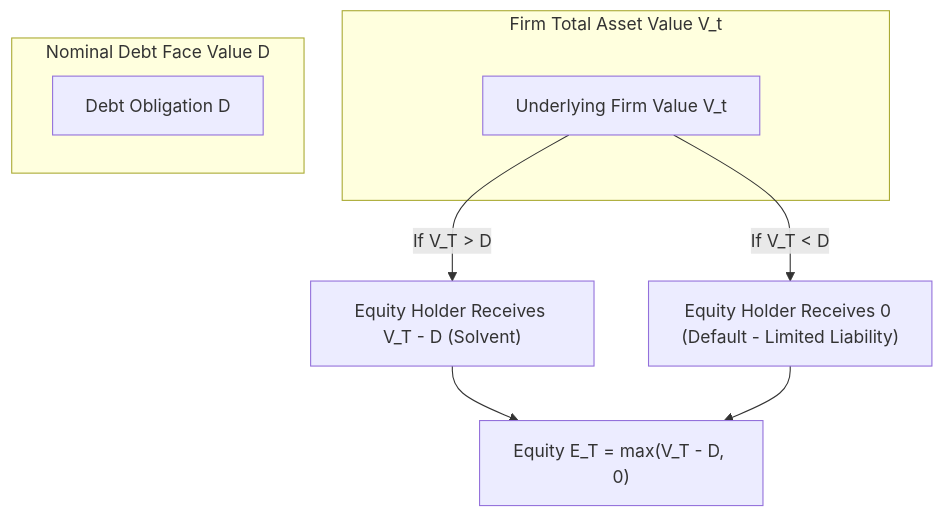
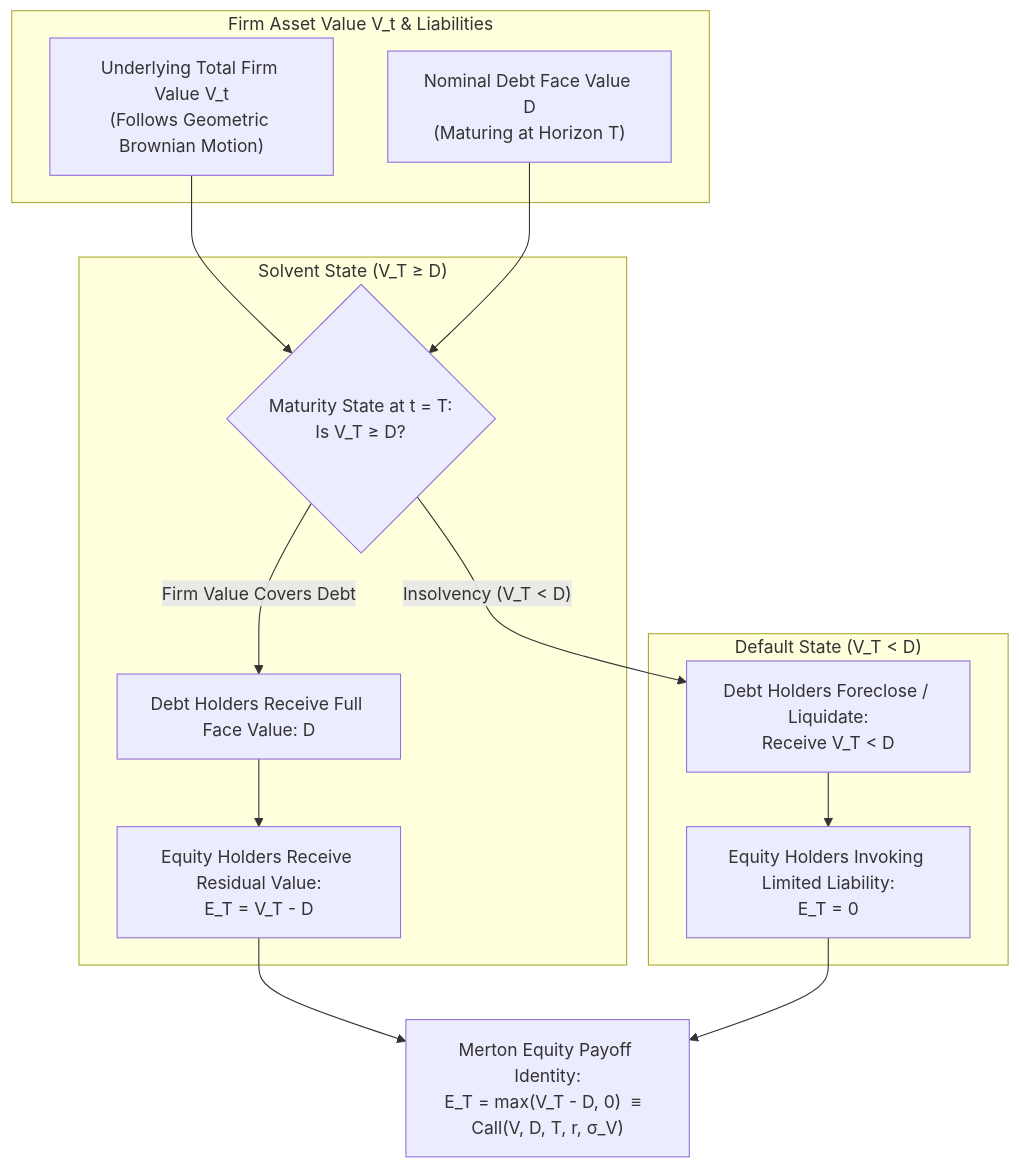
The first of 4 diagrams in 01_financial_market/README.md (eggieinquant/wqu), drawn with Mermaid before and after one commit. The commit also changed other lines of this file and 6 other files, not shown here.

Commit message:
docs: overhaul and standardize READMEs across all MScFE modules (01-08) with Mermaid architectures, LaTeX formulas, and complete lesson mappings

````diff
--- a/01_financial_market/README.md
+++ b/01_financial_market/README.md
@@ -19,16 +19,21 @@
 ```mermaid
 flowchart TD
-    subgraph Firm_Assets ["Firm Total Asset Value V_t"]
-        V["Underlying Firm Value V_t"]
+    subgraph Firm_Balance_Sheet ["Firm Asset Value V_t & Liabilities"]
+        V["Underlying Total Firm Value V_t<br/>(Follows Geometric Brownian Motion)"]
+        D["Nominal Debt Face Value D<br/>(Maturing at Horizon T)"]
     end
     
-    subgraph Debt_Liability ["Nominal Debt Face Value D"]
-        D_val["Debt Obligation D"]
+    V & D --> Terminal_State{"Maturity State at t = T:<br/>Is V_T ≥ D?"}
+    
+    subgraph Solvent_Branch ["Solvent State (V_T ≥ D)"]
+        Terminal_State -->|"Firm Value Covers Debt"| Debt_Paid["Debt Holders Receive Full Face Value: D"]
+        Debt_Paid --> Equity_Residual["Equity Holders Receive Residual Value:<br/>E_T = V_T - D"]
     end
     
-    V -->|"If V_T > D"| Equity_Solvent["Equity Holder Receives V_T - D (Solvent)"]
-    V -->|"If V_T < D"| Default["Equity Holder Receives 0 (Default - Limited Liability)"]
+    subgraph Default_Branch ["Default State (V_T < D)"]
+        Terminal_State -->|"Insolvency (V_T < D)"| Debt_Recovery["Debt Holders Foreclose / Liquidate:<br/>Receive V_T < D"]
+        Debt_Recovery --> Equity_Zero["Equity Holders Invoking Limited Liability:<br/>E_T = 0"]
+    end
     
-    Equity_Solvent --> Option_Payoff["Equity E_T = max(V_T - D, 0)"]
-    Default --> Option_Payoff
+    Equity_Residual & Equity_Zero --> PayoffFormula["Merton Equity Payoff Identity:<br/>E_T = max(V_T - D, 0)  ≡  Call(V, D, T, r, σ_V)"]
 ```
````
